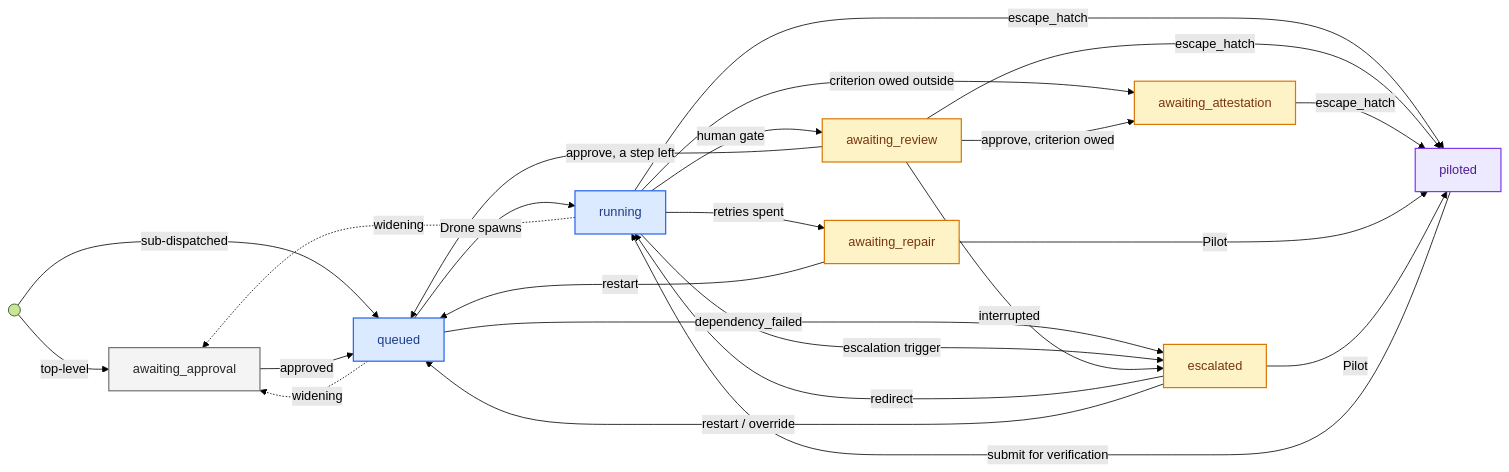
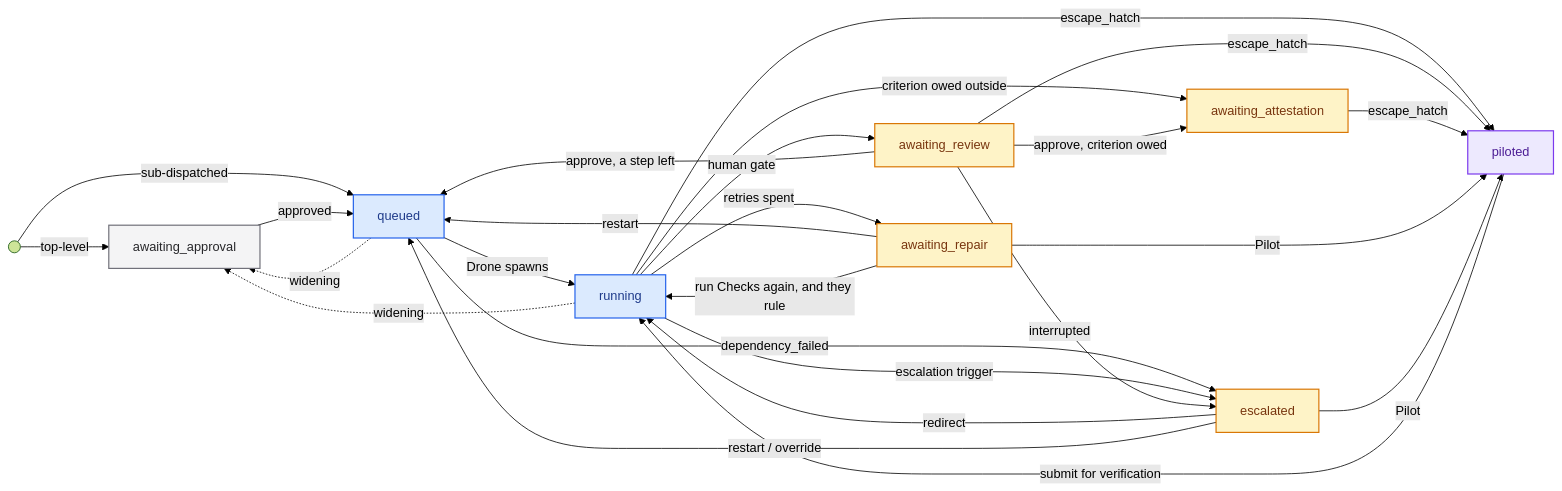
One commit to NickMele/armada changed the second of 3 diagrams in docs/concepts/job.md. Above: the diagram before and after it, drawn with Mermaid (forest theme). The commit also changed other lines of this file and 4 other files, not shown here.

First line of the commit message:
Say that a held Job's Checks can run again, and record protocol 13.52

````diff
--- a/docs/concepts/job.md
+++ b/docs/concepts/job.md
@@ -91,43 +91,44 @@
 ```mermaid
 flowchart LR
   classDef gate fill:#f4f4f5,stroke:#71717a,stroke-width:1.5px,color:#27272a
   classDef drone fill:#dbeafe,stroke:#2563eb,stroke-width:1.5px,color:#1e3a8a
   classDef waited fill:#fef3c7,stroke:#d97706,stroke-width:1.5px,color:#78350f
   classDef worked fill:#ede9fe,stroke:#7c3aed,stroke-width:1.5px,color:#4c1d95
 
   START(( )) -->|top-level| AA
   START -->|sub-dispatched| Q
 
   AA["awaiting_approval"] -->|approved| Q["queued"]
   Q -->|Drone spawns| R["running"]
 
   R -->|human gate| AR["awaiting_review"]
   AR -->|"approve, a step left"| Q
 
   R -->|criterion owed outside| AT["awaiting_attestation"]
   AR -->|"approve, criterion owed"| AT
 
   R -->|retries spent| REP["awaiting_repair"]
   REP -->|restart| Q
+  REP -->|"run Checks again, and they rule"| R
 
   Q -->|dependency_failed| ESC["escalated"]
   R -->|escalation trigger| ESC
   AR -->|interrupted| ESC
   ESC -->|redirect| R
   ESC -->|"restart / override"| Q
 
   R -->|escape_hatch| P["piloted"]
   AR -->|escape_hatch| P
   AT -->|escape_hatch| P
   REP -->|Pilot| P
   ESC -->|Pilot| P
   P -->|submit for verification| R
 
   Q -.->|widening| AA
   R -.->|widening| AA
 
   class AA gate
   class Q,R drone
   class AR,REP,ESC,AT waited
   class P worked
 ```
````
